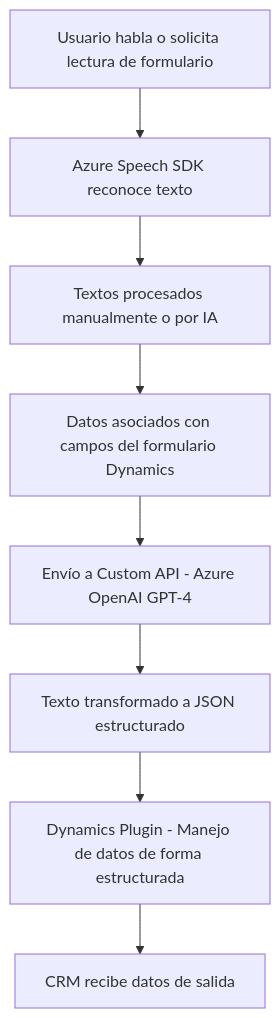
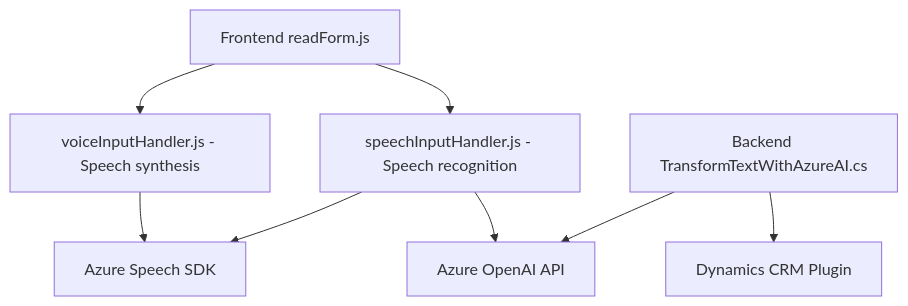
The diagram in README.md (blopezdm/NETCORE_BILBAO2025), drawn with Mermaid before and after one commit. The commit also changed other lines of this file, not shown here.

Commit message:
Actualizar análisis global de la solución con IA

````diff
--- a/README.md
+++ b/README.md
@@ -58,10 +40,18 @@
 ```mermaid
 graph TD
-    Start["Usuario habla o solicita lectura de formulario"] --> SpeechInput["Azure Speech SDK reconoce texto"]
-    SpeechInput --> TextoProcesado["Textos procesados manualmente o por IA"]
-    TextoProcesado --> AsociarCampos["Datos asociados con campos del formulario Dynamics"]
-    AsociarCampos --> CustomAPI["Envío a Custom API - Azure OpenAI GPT-4"]
-    CustomAPI --> JSONOutput["Texto transformado a JSON estructurado"]
-    JSONOutput --> AplicacionPlugin["Dynamics Plugin - Manejo de datos de forma estructurada"]
-    AplicacionPlugin --> Storage["CRM recibe datos de salida"]
+    A["Frontend readForm.js"]
+    B["voiceInputHandler.js - Speech synthesis"]
+    C["speechInputHandler.js - Speech recognition"]
+    D["Backend TransformTextWithAzureAI.cs"]
+    E["Azure Speech SDK"]
+    F["Azure OpenAI API"]
+    G["Dynamics CRM Plugin"]
+
+    A --> B
+    A --> C
+    B --> E
+    C --> E
+    C --> F
+    D --> F
+    D --> G
 ```
````
